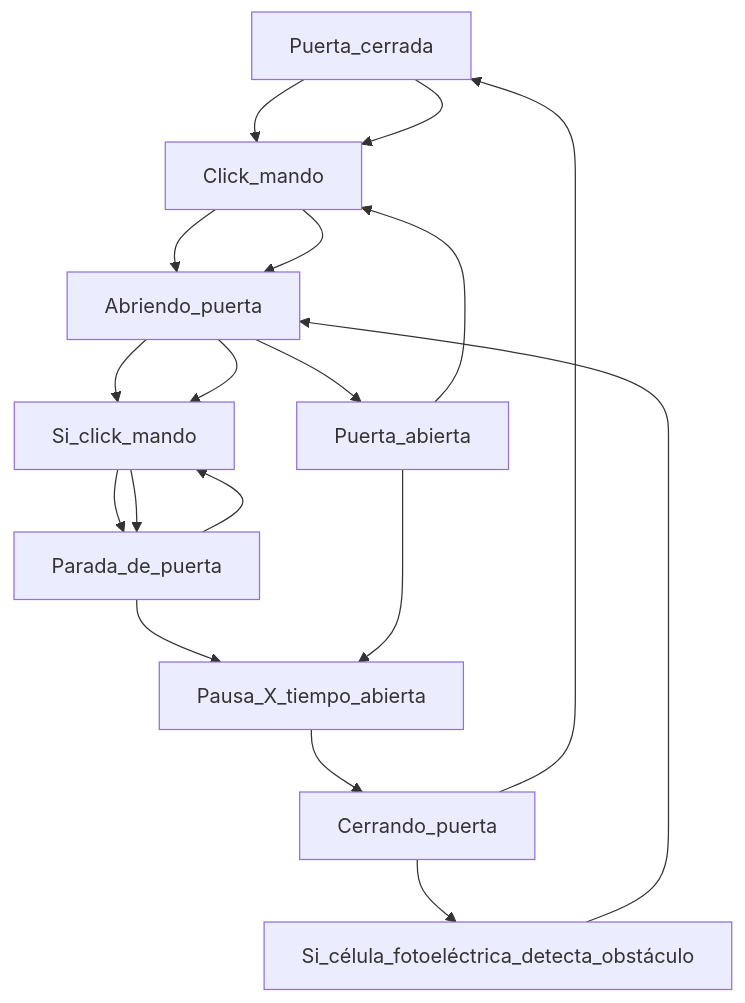
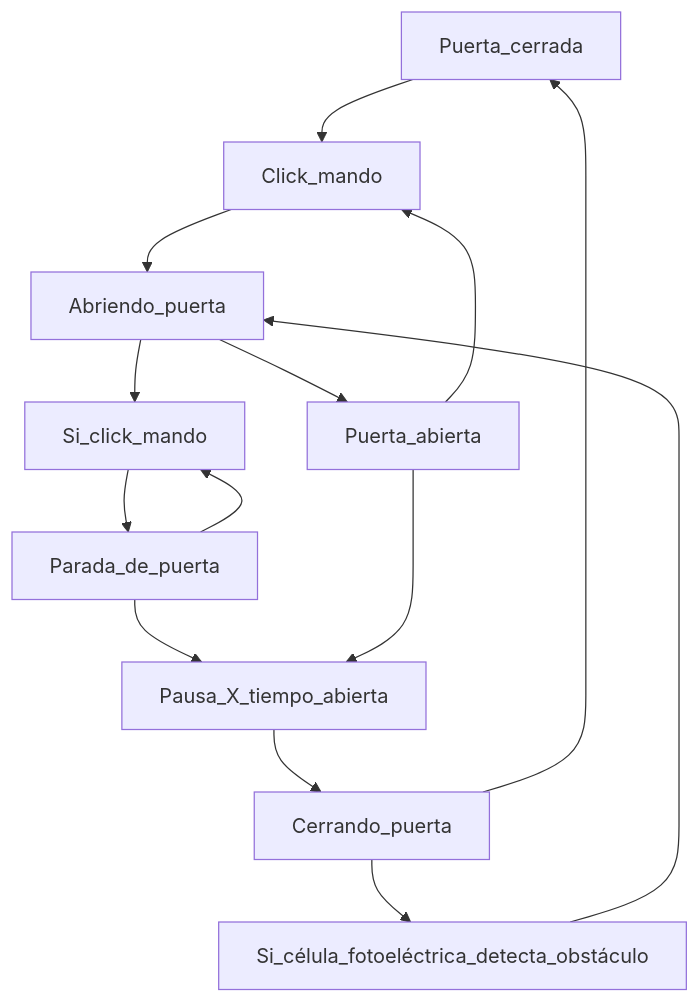
One commit to ABarrosoG/sliding-door-garage changed the diagram in README.md. Above: the diagram before and after it, drawn with Mermaid.

````diff
--- a/README.md
+++ b/README.md
@@ -21,9 +21,9 @@
 ```mermaid
 flowchart TD
     Puerta_cerrada-->Click_mando-->Abriendo_puerta-->Si_click_mando-->Parada_de_puerta-->Pausa_X_tiempo_abierta-->Cerrando_puerta-->Puerta_cerrada;
-    Puerta_cerrada-->Click_mando-->Abriendo_puerta-->Si_click_mando-->Parada_de_puerta-->Si_click_mando;
+    Parada_de_puerta-->Si_click_mando;
     Puerta_abierta-->Click_mando;
     Puerta_abierta-->Pausa_X_tiempo_abierta;
     Cerrando_puerta-->Si_célula_fotoeléctrica_detecta_obstáculo-->Abriendo_puerta-->Puerta_abierta;
 
 ```
````
